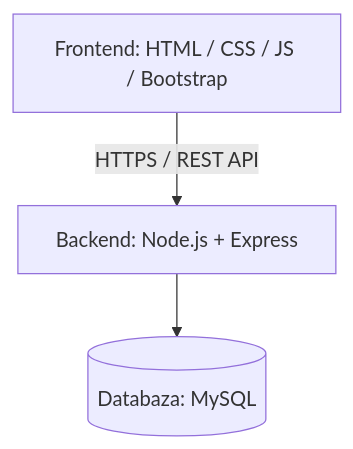
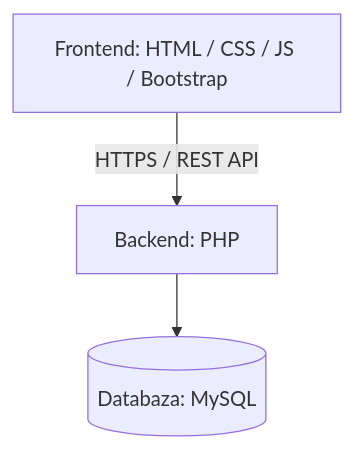
The first of 2 diagrams in README.md (ganta20/GentaOlloni-SistemiPorosiveOnline), drawn with Mermaid before and after one commit. The commit also changed other lines of this file, not shown here.

Commit message:
docs: v2 ndryshim i teknologjive (PHP, XAMPP)

````diff
--- a/README.md
+++ b/README.md
@@ -53,5 +53,5 @@
 ```mermaid
 flowchart TD
-    A[Frontend: HTML / CSS / JS / Bootstrap] -->|HTTPS / REST API| B[Backend: Node.js + Express]
+    A[Frontend: HTML / CSS / JS / Bootstrap] -->|HTTPS / REST API| B[Backend: PHP]
     B --> C[(Databaza: MySQL)]
 ```
````
